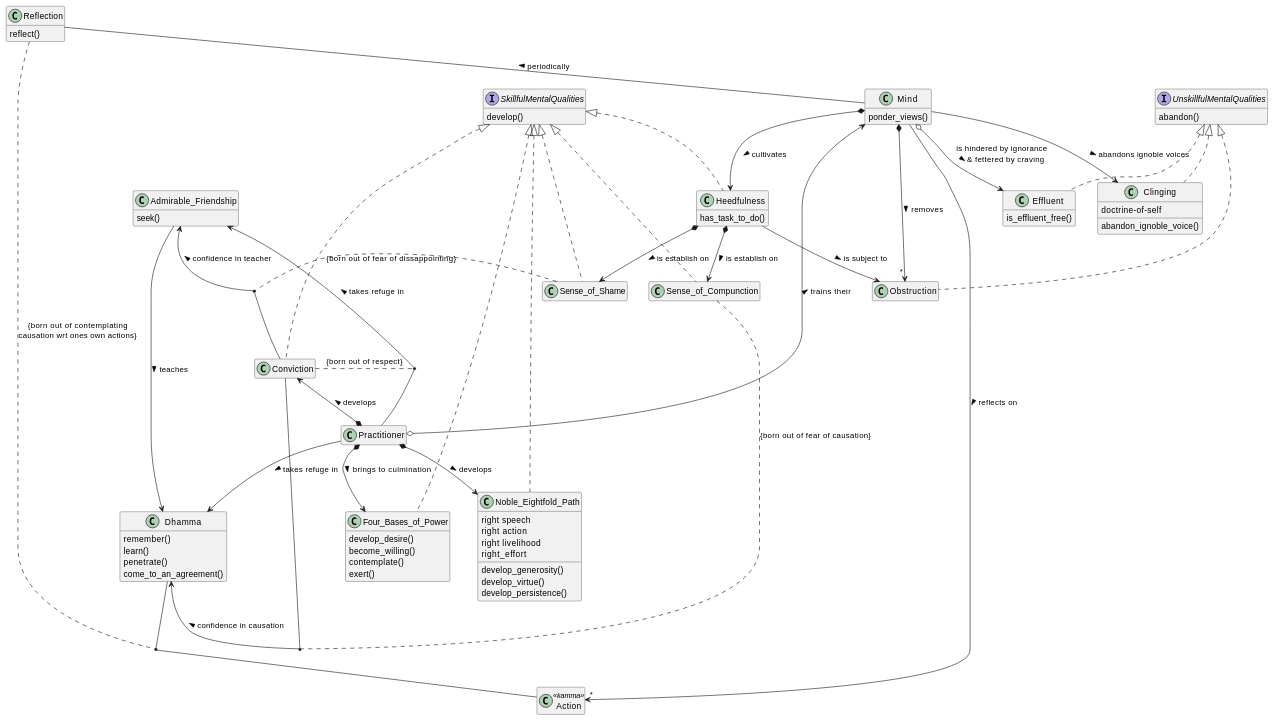
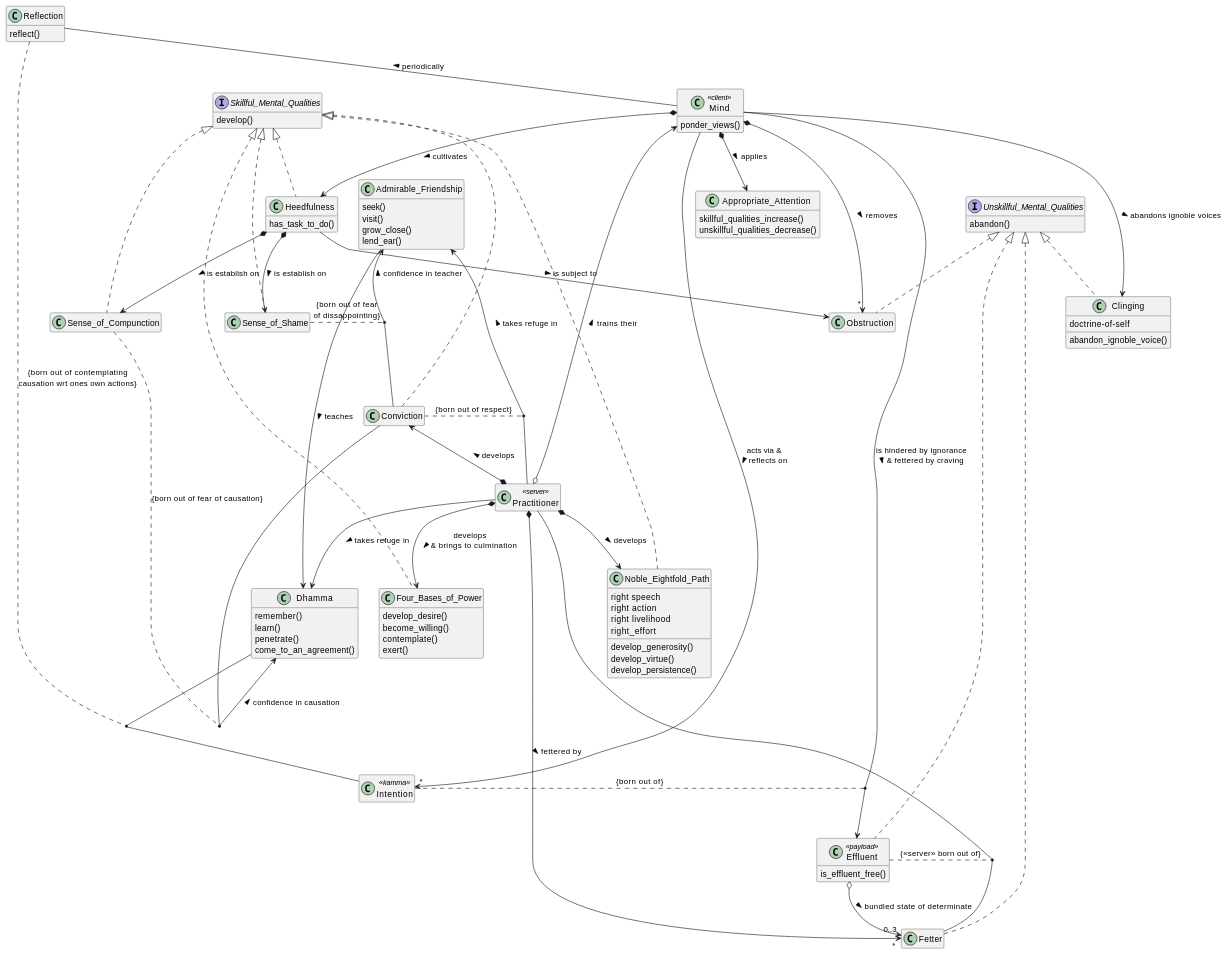
The second of 3 diagrams in notebookLM/guide/guide_to_writing_PBT_patterns.md (suttaplayer/dn34-PROGRESSING-BY-TENS), drawn with PlantUML before and after one commit. The commit also changed other lines of this file and 5 other files, not shown here.

```diff
--- a/notebookLM/guide/guide_to_writing_PBT_patterns.md
+++ b/notebookLM/guide/guide_to_writing_PBT_patterns.md
@@ -378,33 +437,38 @@
 @startuml
 hide empty members
 
-interface SkillfulMentalQualities {
+interface Skillful_Mental_Qualities {
     develop()
 }
-interface UnskillfulMentalQualities {
+interface Unskillful_Mental_Qualities {
     abandon()
 }
 
-class Mind {
-    ponder_views()
+class Mind <<client>>{
+  ponder_views()
 }
-class Practitioner 
-class Heedfulness implements SkillfulMentalQualities {
+
+class Appropriate_Attention {
+  skillful_qualities_increase()
+  unskillful_qualities_decrease()
+}
+class Practitioner <<server>>
+class Heedfulness implements Skillful_Mental_Qualities {
     has_task_to_do()
 }
 
-class Action <<kamma>>
-class Conviction implements SkillfulMentalQualities
+class Intention <<kamma>>
+class Conviction implements Skillful_Mental_Qualities
 class Dhamma {
     remember()
     learn()
     penetrate()
     come_to_an_agreement()
 }
-class Sense_of_Shame implements SkillfulMentalQualities
-class Sense_of_Compunction implements SkillfulMentalQualities
-class Obstruction implements UnskillfulMentalQualities
-class Noble_Eightfold_Path implements SkillfulMentalQualities {
+class Sense_of_Shame implements Skillful_Mental_Qualities
+class Sense_of_Compunction implements Skillful_Mental_Qualities
+class Obstruction implements Unskillful_Mental_Qualities
+class Noble_Eightfold_Path implements Skillful_Mental_Qualities {
   right speech
   right action
   right livelihood
@@ -415,7 +479,7 @@
   develop_persistence()
 }
 
-class Four_Bases_of_Power implements SkillfulMentalQualities {
+class Four_Bases_of_Power implements Skillful_Mental_Qualities {
     develop_desire()
     become_willing()
     contemplate()
@@ -425,23 +489,31 @@
 class Reflection {
     reflect()
 }
-class Effluent implements UnskillfulMentalQualities {
+class Effluent <<payload>> implements Unskillful_Mental_Qualities {
     is_effluent_free()
 }
 class Admirable_Friendship {
     seek()
+    visit()
+    grow_close()
+    lend_ear()
 }
-class Clinging implements UnskillfulMentalQualities {
+class Clinging implements Unskillful_Mental_Qualities {
   doctrine-of-self
   abandon_ignoble_voice()
 }
+class Fetter implements Unskillful_Mental_Qualities
+Effluent o--> "0..3" Fetter: bundled state of determinate >
+Effluent .. (Practitioner, Fetter): {<<server>> born out of}
 
+Mind *--> Appropriate_Attention: applies >
 Mind *--> "*" Obstruction: removes >
-Mind o--> Effluent: is hindered by ignorance\n& fettered by craving >
+Mind --> Effluent: is hindered by ignorance\n& fettered by craving >
 Mind --> Clinging: abandons ignoble voices >
-Mind --> "*" Action: reflects on >
-Reflection .. (Dhamma, Action): {born out of contemplating\ncausation wrt ones own actions}
+Mind --> "*" Intention: acts via &\nreflects on >
+Reflection .. (Dhamma, Intention): {born out of contemplating\ncausation wrt ones own actions}
 Reflection -- Mind: periodically <
+Intention .. (Mind, Effluent): {born out of}
 
 Mind *--> Heedfulness: cultivates >
 Heedfulness *--> Sense_of_Shame: is establish on >
@@ -450,14 +522,15 @@
 Admirable_Friendship <-- Practitioner: takes refuge in <
 Conviction .. (Admirable_Friendship, Practitioner): {born out of respect}
 Admirable_Friendship <-- Conviction: confidence in teacher <
-Sense_of_Shame .. (Admirable_Friendship, Conviction): {born out of fear of dissappointing}
+Sense_of_Shame .. (Admirable_Friendship, Conviction): {born out of fear\nof dissappointing}
 Dhamma <-- Conviction: confidence in causation <
 Sense_of_Compunction .. (Dhamma, Conviction): {born out of fear of causation}
 Admirable_Friendship --> Dhamma: teaches >
+
+Practitioner *--> "*" Fetter: fettered by >
 Practitioner --> Dhamma: takes refuge in >
-
 Practitioner *--> Conviction: develops >
-Practitioner *--> Four_Bases_of_Power: brings to culmination >
+Practitioner *--> Four_Bases_of_Power: develops\n& brings to culmination >
 Practitioner *--> Noble_Eightfold_Path: develops >
 Practitioner o--> Mind: trains their >
 @enduml
```
